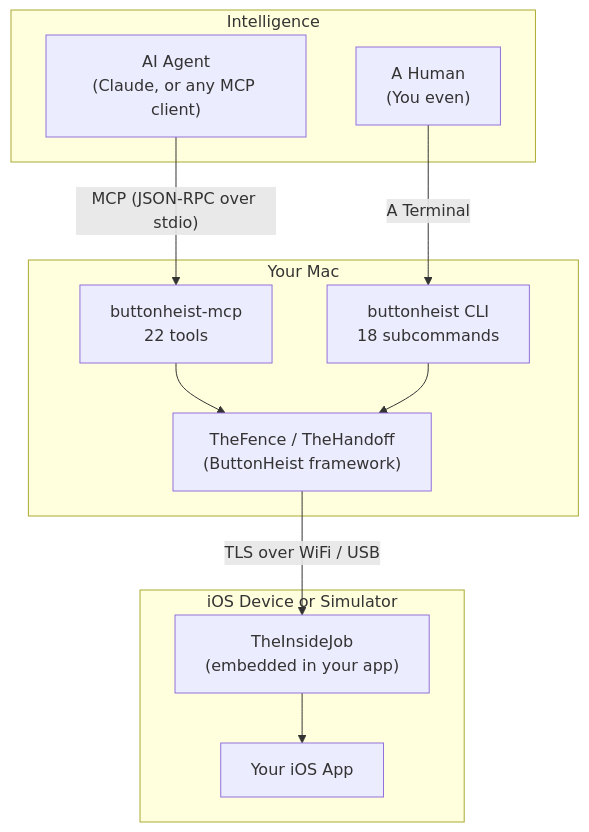
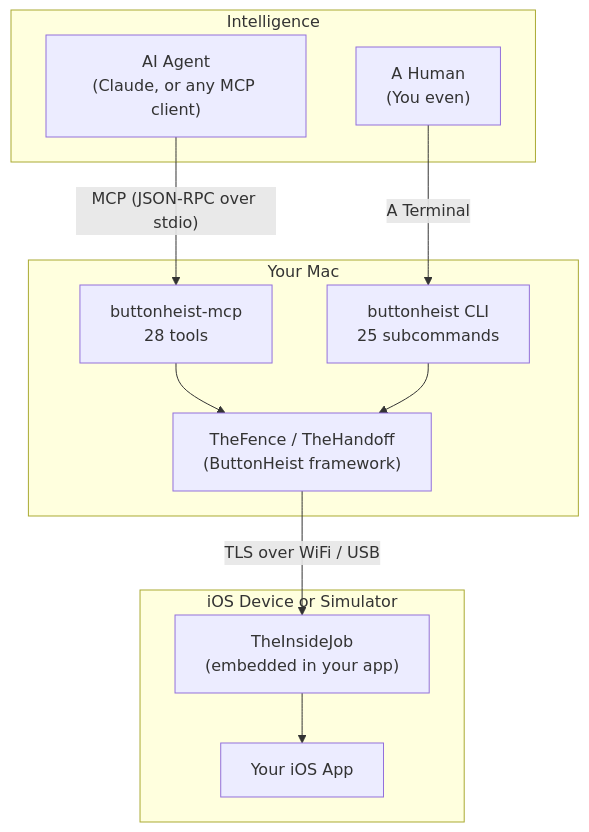
Before and after one commit to RoyalPineapple/TheButtonHeist: the diagram in README.md, drawn with Mermaid. The commit also changed other lines of this file and 6 other files, not shown here.

````diff
--- a/README.md
+++ b/README.md
@@ -247,34 +247,34 @@
 ```mermaid
 %% If you can read this, the diagram isn't rendering. Try github.com in a browser.
 graph TD
     AI["AI Agent<br/>(Claude, or any MCP client)"]
     HUMAN["A Human<br/>(You even)"]
-    MCP["buttonheist-mcp<br/>22 tools"]
-    CLI["buttonheist CLI<br/>18 subcommands"]
+    MCP["buttonheist-mcp<br/>28 tools"]
+    CLI["buttonheist CLI<br/>25 subcommands"]
     Client["TheFence / TheHandoff<br/>(ButtonHeist framework)"]
     IJ["TheInsideJob<br/>(embedded in your app)"]
     App["Your iOS App"]
 
     AI -->|"MCP (JSON-RPC over stdio)"| MCP
     MCP --> Client
     HUMAN -->|"A Terminal"| CLI
     CLI --> Client
     Client -->|"TLS over WiFi / USB"| IJ
     IJ --> App
 
     subgraph Intelligence["Intelligence"]
         HUMAN
         AI
     end
 
     subgraph Mac["Your Mac"]
         MCP
         CLI
         Client
     end
 
     subgraph Device["iOS Device or Simulator"]
         IJ
         App
     end
 ```
````
